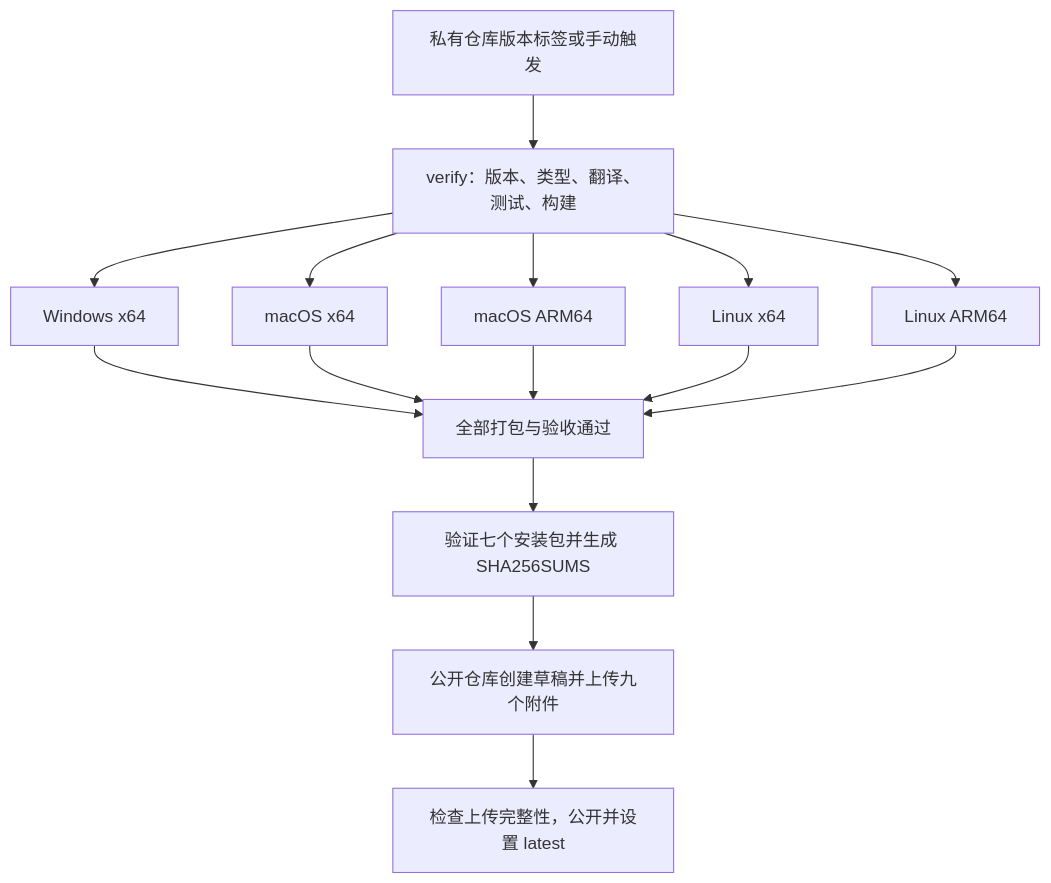
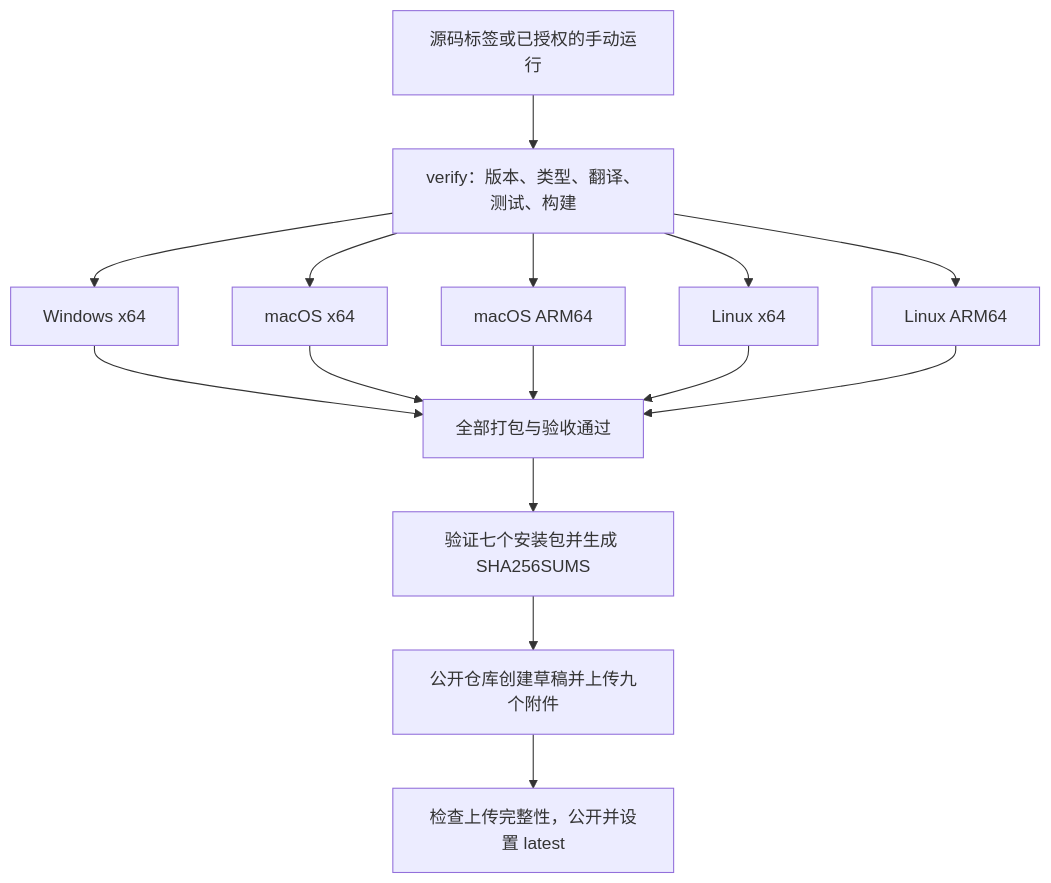
Before and after one commit to codehubcloud/hornet-remote-suite: the diagram in docs/Build_Package_Release_Guide.md, drawn with Mermaid. The commit also changed other lines of this file and 3 other files, not shown here.

````diff
--- a/docs/Build_Package_Release_Guide.md
+++ b/docs/Build_Package_Release_Guide.md
@@ -271,17 +449,17 @@
 ```mermaid
 flowchart TD
-    A[私有仓库版本标签或手动触发] --> B[verify：版本、类型、翻译、测试、构建]
+    A[源码标签或已授权的手动运行] --> B[verify：版本、类型、翻译、测试、构建]
     B --> C[Windows x64]
     B --> D[macOS x64]
     B --> E[macOS ARM64]
     B --> F[Linux x64]
     B --> G[Linux ARM64]
     C --> H[全部打包与验收通过]
     D --> H
     E --> H
     F --> H
     G --> H
     H --> I[验证七个安装包并生成 SHA256SUMS]
     I --> J[公开仓库创建草稿并上传九个附件]
     J --> K[检查上传完整性，公开并设置 latest]
 ```
````
